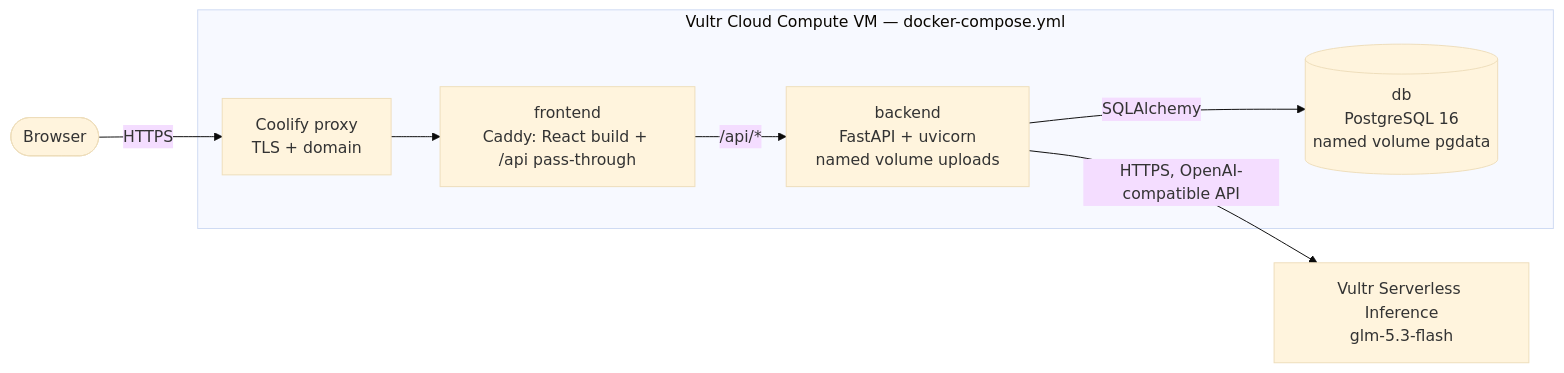
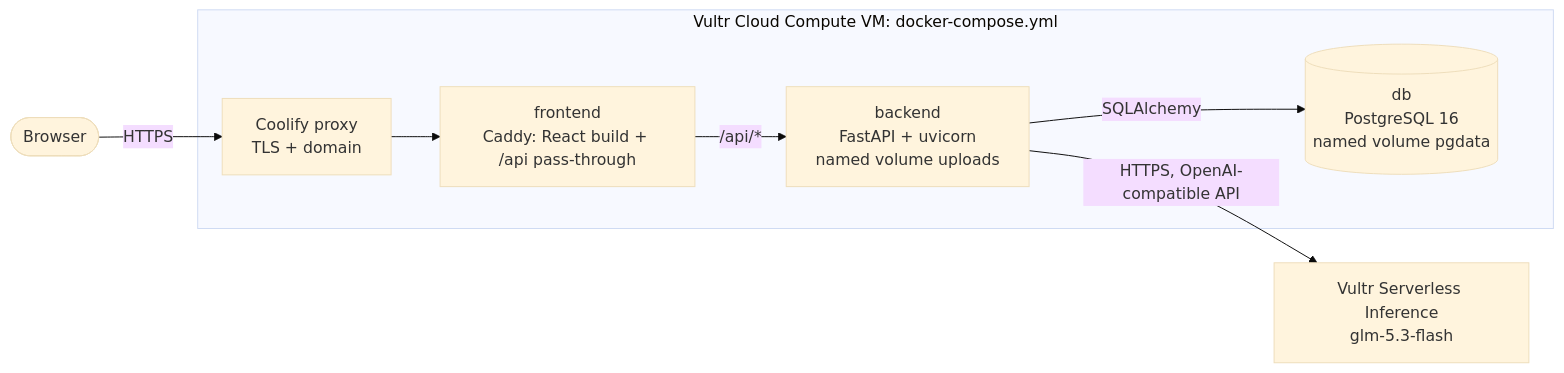
Before and after one commit to DrakesYT/unify-suite: the first of 2 diagrams in docs/architecture.md, drawn with Mermaid (base theme). The commit also changed other lines of this file, not shown here.

````diff
--- a/docs/architecture.md
+++ b/docs/architecture.md
@@ -3,10 +3,10 @@
 ```mermaid
 flowchart LR
     user([Browser]) -->|HTTPS| proxy[Coolify proxy<br/>TLS + domain]
-    subgraph vm[Vultr Cloud Compute VM — docker-compose.yml]
+    subgraph vm[Vultr Cloud Compute VM: docker-compose.yml]
         proxy --> fe[frontend<br/>Caddy: React build + /api pass-through]
         fe -->|/api/*| be[backend<br/>FastAPI + uvicorn<br/>named volume uploads]
         be -->|SQLAlchemy| db[(db<br/>PostgreSQL 16<br/>named volume pgdata)]
     end
     be -->|HTTPS, OpenAI-compatible API| llm[Vultr Serverless Inference<br/>glm-5.3-flash]
 ```
````
